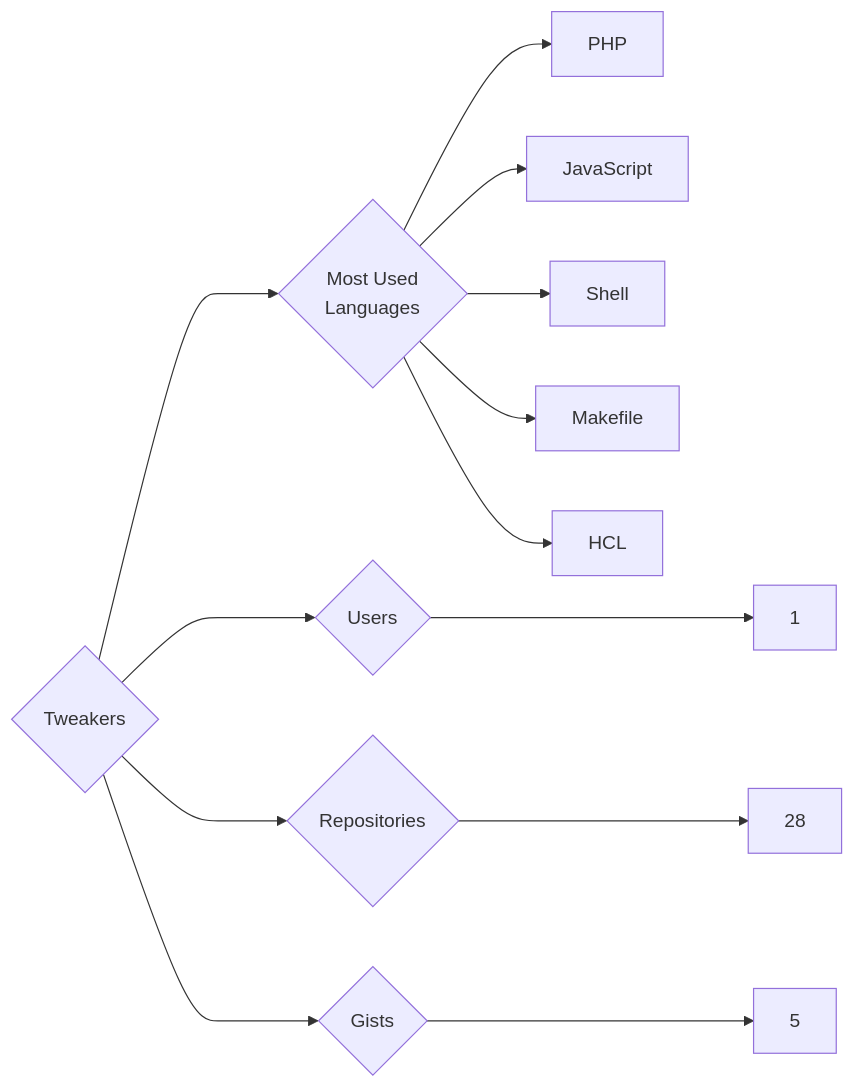
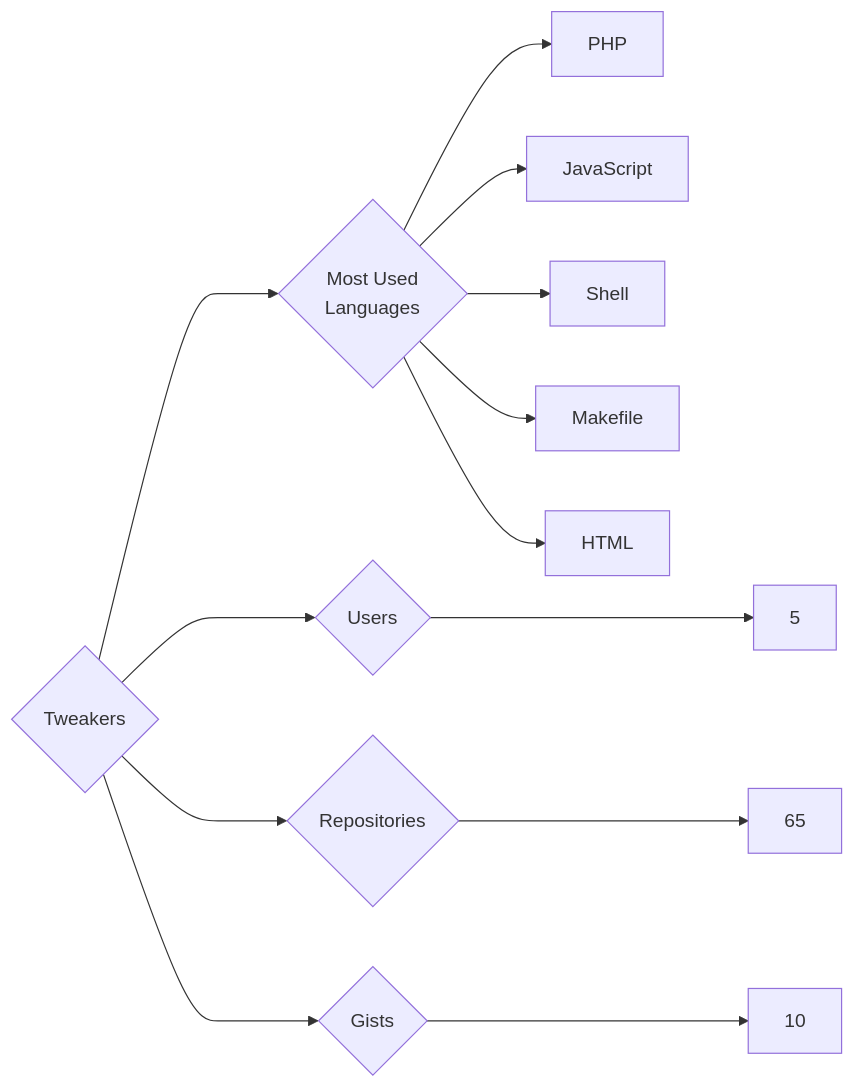
The diagram in targets/Tweakers/README.md (trickest/insiders), drawn with Mermaid before and after one commit. The commit also changed 839 other files, not shown here.

````diff
--- a/targets/Tweakers/README.md
+++ b/targets/Tweakers/README.md
@@ -3,13 +3,13 @@
 ```mermaid
 graph LR
 COMPANY_NAME{Tweakers}
-COMPANY_NAME ---> U{Users} ---> UN[1]
-COMPANY_NAME ---> R{Repositories} ---> RN[28]
-COMPANY_NAME ---> G{Gists} ---> GN[5]
+COMPANY_NAME ---> U{Users} ---> UN[5]
+COMPANY_NAME ---> R{Repositories} ---> RN[65]
+COMPANY_NAME ---> G{Gists} ---> GN[10]
 COMPANY_NAME ---> ML{Most Used<br>Languages}
 ML --> PHP[PHP]
 ML --> JavaScript[JavaScript]
 ML --> Shell[Shell]
 ML --> Makefile[Makefile]
-ML --> HCL[HCL]
+ML --> HTML[HTML]
 ```
````
